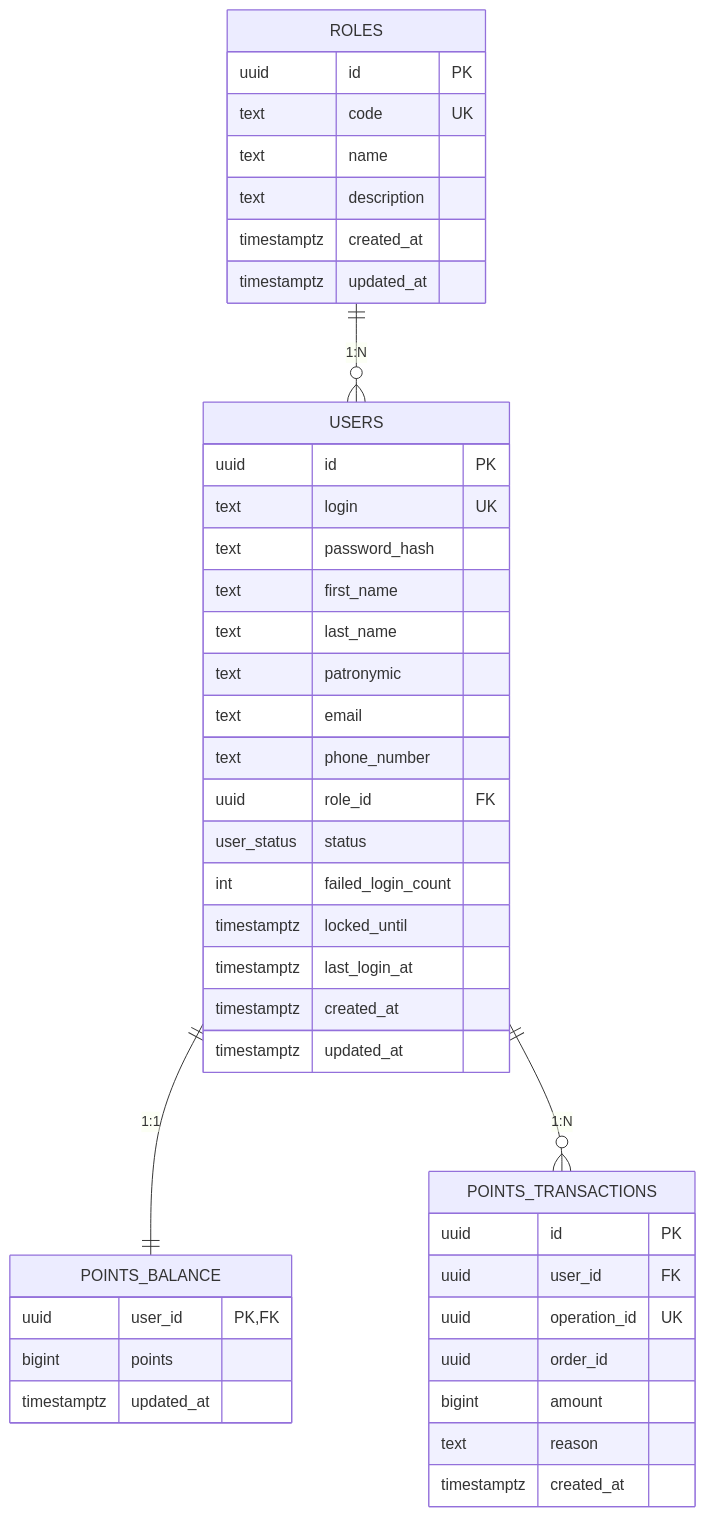
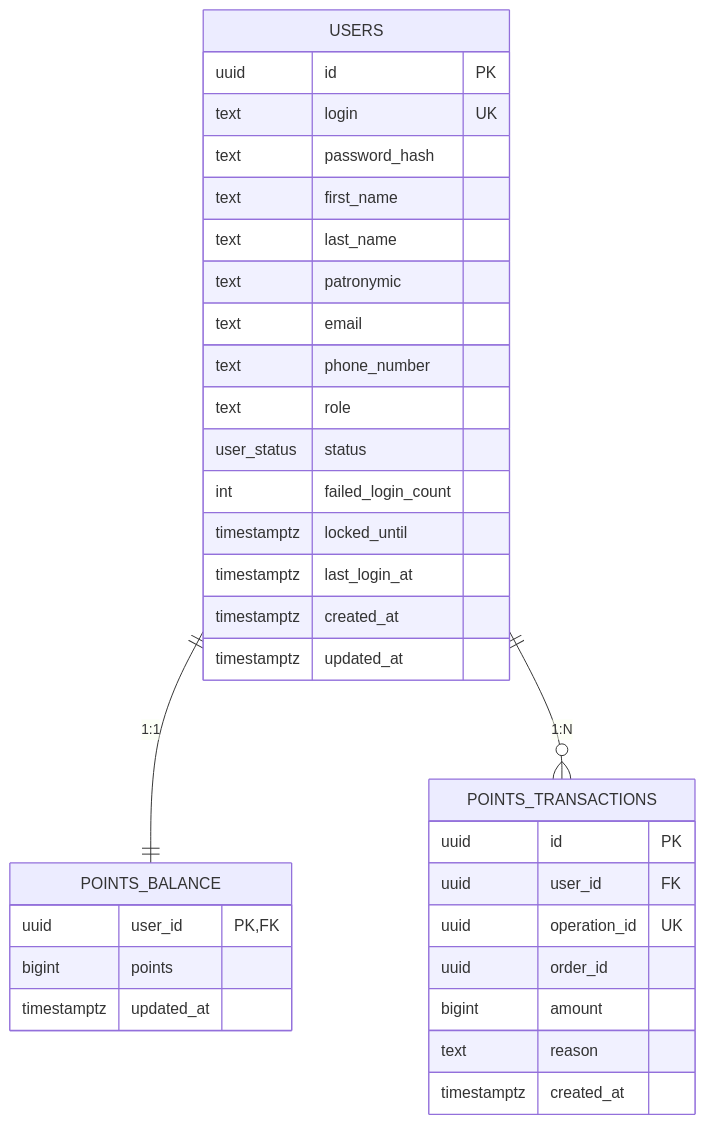
One commit to mihnpro/Merch_shop changed diagram 12 of 18 in docs/TDR-0001-MerchStore.md. Above: the diagram before and after it, drawn with Mermaid. The commit also changed other lines of this file and 1 other file, not shown here.

Commit message:
Rm role table

````diff
--- a/docs/TDR-0001-MerchStore.md
+++ b/docs/TDR-0001-MerchStore.md
@@ -756,46 +756,37 @@
 ```mermaid
 erDiagram
-    ROLES {
-        uuid id PK
-        text code UK
-        text name
-        text description
-        timestamptz created_at
-        timestamptz updated_at
-    }
     USERS {
         uuid id PK
         text login UK
         text password_hash
         text first_name
         text last_name
         text patronymic
         text email
         text phone_number
-        uuid role_id FK
+        text role
         user_status status
         int failed_login_count
         timestamptz locked_until
         timestamptz last_login_at
         timestamptz created_at
         timestamptz updated_at
     }
     POINTS_BALANCE {
         uuid user_id PK,FK
         bigint points
         timestamptz updated_at
     }
     POINTS_TRANSACTIONS {
         uuid id PK
         uuid user_id FK
         uuid operation_id UK
         uuid order_id
         bigint amount
         text reason
         timestamptz created_at
     }
 
-    ROLES        ||--o{ USERS               : "1:N"
     USERS        ||--|| POINTS_BALANCE      : "1:1"
     USERS        ||--o{ POINTS_TRANSACTIONS : "1:N"
 ```
````
